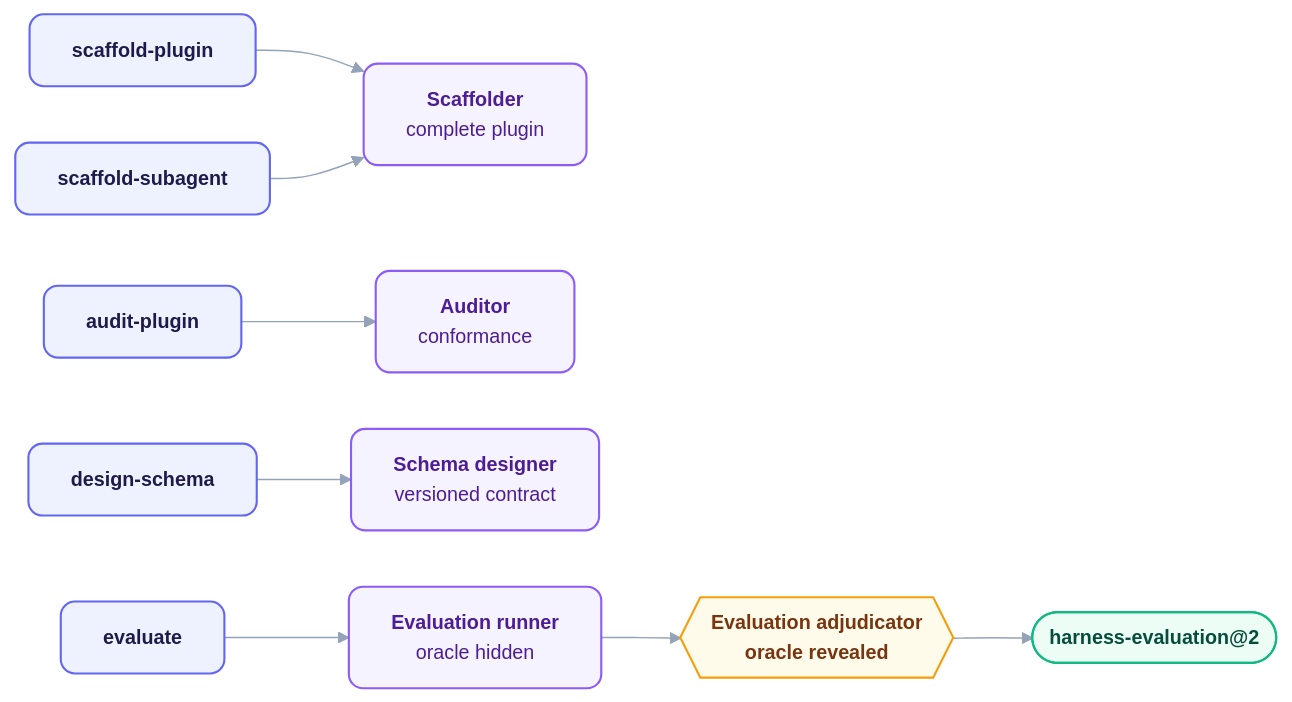
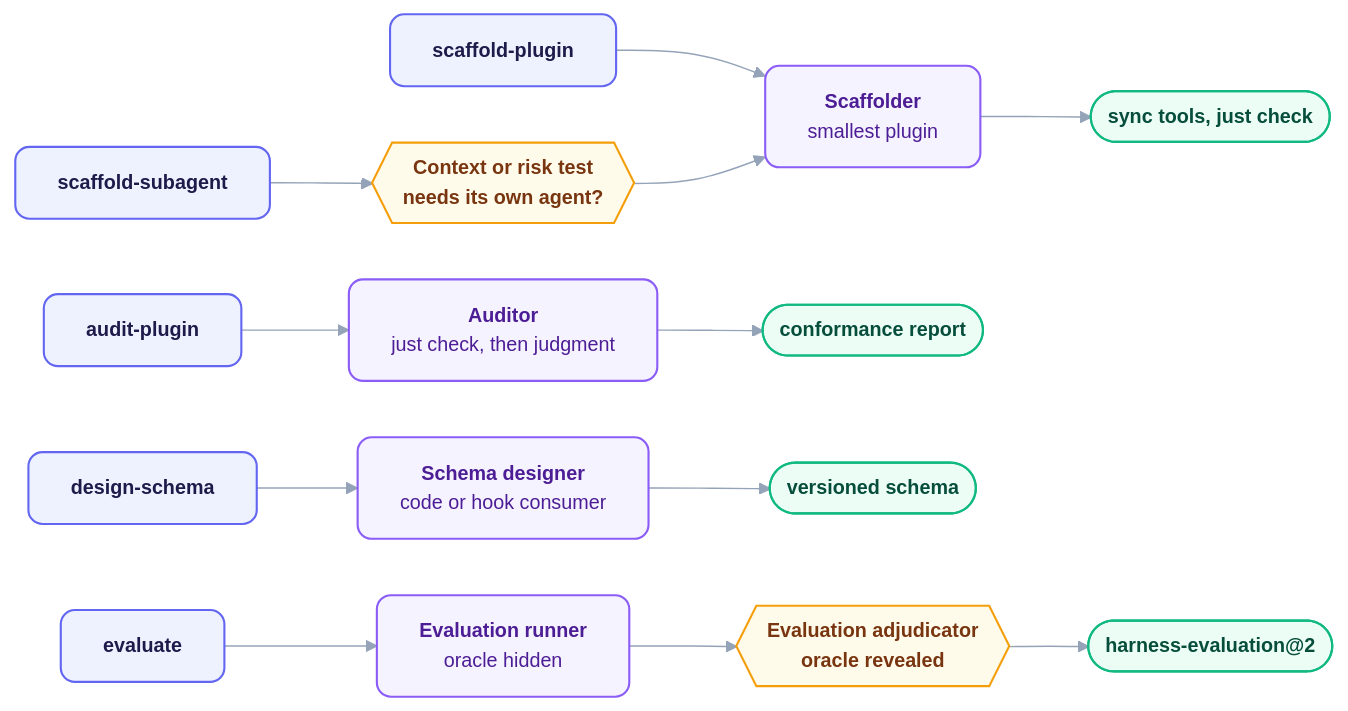
One commit to orin-dx/wisp-plugins changed the diagram in plugins/mason/README.md. Above: the diagram before and after it, drawn with Mermaid. The commit also changed other lines of this file and 43 other files, not shown here.

First line of the commit message:
docs: finish v5 docs, diagrams, plugin READMEs and mason for the v5 model

````diff
--- a/plugins/mason/README.md
+++ b/plugins/mason/README.md
@@ -65,19 +70,20 @@
 ```mermaid
 %%{init: {'theme': 'base', 'flowchart': {'curve': 'basis', 'nodeSpacing': 40, 'rankSpacing': 56}, 'themeVariables': {'fontFamily': 'Inter, ui-sans-serif, system-ui, sans-serif', 'fontSize': '14px', 'lineColor': '#94a3b8', 'edgeLabelBackground': '#ffffff'}}}%%
 flowchart LR
     classDef source fill:#eef2ff,stroke:#6366f1,stroke-width:1.5px,color:#1e1b4b,rx:10px,ry:10px,font-weight:600;
     classDef engine fill:#f5f3ff,stroke:#8b5cf6,stroke-width:1.5px,color:#4c1d95,rx:10px,ry:10px;
     classDef router fill:#fffbeb,stroke:#f59e0b,stroke-width:1.5px,color:#78350f,rx:10px,ry:10px,font-weight:600;
     classDef output fill:#ecfdf5,stroke:#10b981,stroke-width:1.5px,color:#064e3b,rx:10px,ry:10px,font-weight:600;
 
-    SP["scaffold-plugin"] --> SC["<b>Scaffolder</b><br/>complete plugin"]
-    SS["scaffold-subagent"] --> SC
-    AP["audit-plugin"] --> AU["<b>Auditor</b><br/>conformance"]
-    DS["design-schema"] --> SD["<b>Schema designer</b><br/>versioned contract"]
+    SP["scaffold-plugin"] --> SC["<b>Scaffolder</b><br/>smallest plugin"]
+    SS["scaffold-subagent"] --> Test{{"<b>Context or risk test</b><br/>needs its own agent?"}} --> SC
+    SC --> Checks(["sync tools, just check"])
+    AP["audit-plugin"] --> AU["<b>Auditor</b><br/>just check, then judgment"] --> Rep(["conformance report"])
+    DS["design-schema"] --> SD["<b>Schema designer</b><br/>code or hook consumer"] --> Sch(["versioned schema"])
     EV["evaluate"] --> ER["<b>Evaluation runner</b><br/>oracle hidden"] --> EA{{"<b>Evaluation adjudicator</b><br/>oracle revealed"}} --> Report(["harness-evaluation@2"])
 
     class SP,SS,AP,DS,EV source
     class SC,AU,SD,ER engine
-    class EA router
-    class Report output
+    class Test,EA router
+    class Checks,Rep,Sch,Report output
 ```
````
